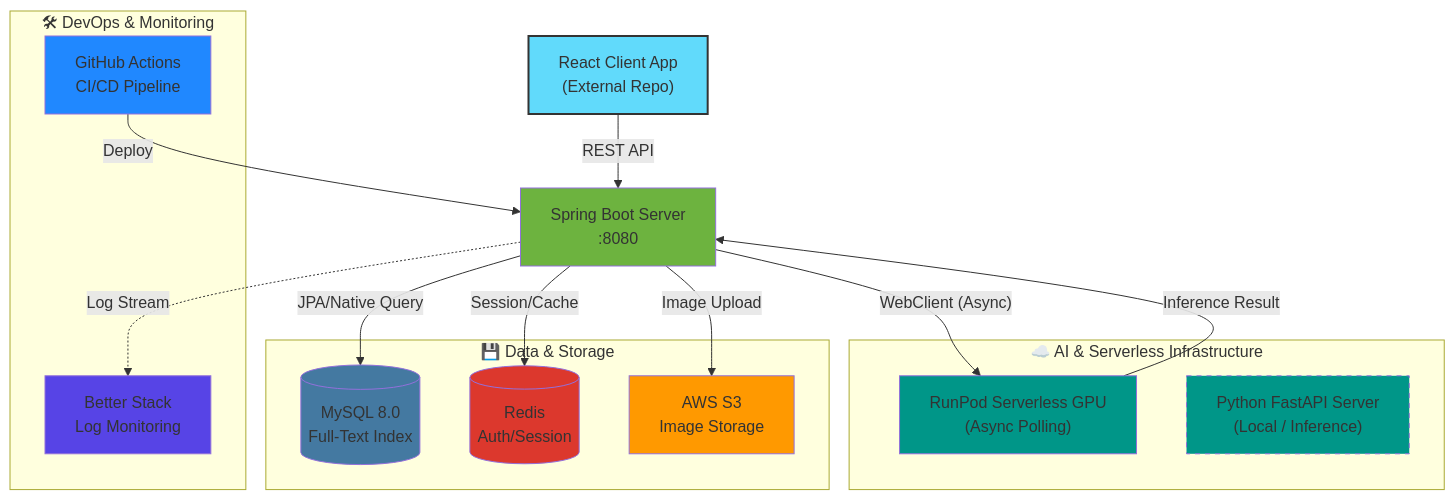
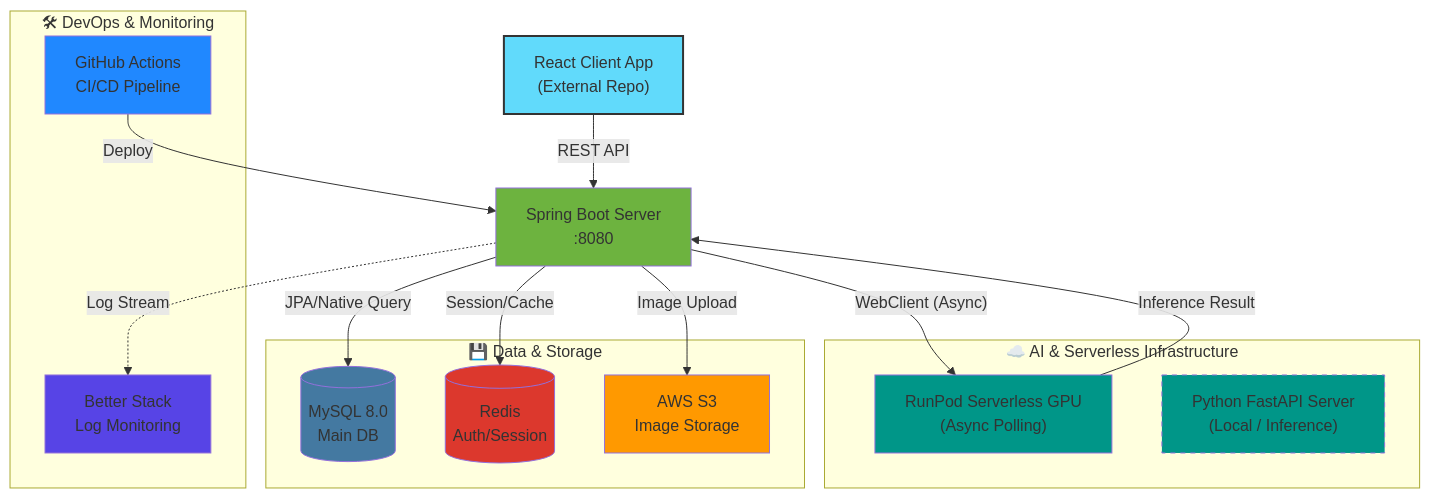
The first of 2 diagrams in README.md (Jangjimin9766/Mine_server), drawn with Mermaid before and after one commit. The commit also changed other lines of this file and 29 other files, not shown here.

````diff
--- a/README.md
+++ b/README.md
@@ -143,47 +143,47 @@
 ```mermaid
 graph TB
     Client["React Client App<br/>(External Repo)"]
     SpringServer[Spring Boot Server<br/>:8080]
     
     subgraph AI_Infrastructure ["☁️ AI & Serverless Infrastructure"]
         RunPod["RunPod Serverless GPU<br/>(Async Polling)"]
         PythonServer["Python FastAPI Server<br/>(Local / Inference)"]
     end
     
     subgraph Data_Storage ["💾 Data & Storage"]
-        MySQL[("MySQL 8.0<br/>Full-Text Index")]
+        MySQL[("MySQL 8.0<br/>Main DB")]
         Redis[("Redis<br/>Auth/Session")]
         S3["AWS S3<br/>Image Storage"]
     end
     
     subgraph Operations ["🛠 DevOps & Monitoring"]
         Actions["GitHub Actions<br/>CI/CD Pipeline"]
         BetterStack["Better Stack<br/>Log Monitoring"]
     end
     
     %% Flows
     Client -->|REST API| SpringServer
     
     SpringServer -->|JPA/Native Query| MySQL
     SpringServer -->|Session/Cache| Redis
     SpringServer -->|Image Upload| S3
     
     %% AI Integration
     SpringServer -->|"WebClient (Async)"| RunPod
     RunPod -->|Inference Result| SpringServer
     
     %% DevOps
     Actions -->|Deploy| SpringServer
     SpringServer -.->|Log Stream| BetterStack
     
     %% System Styles
     style Client fill:#61DAFB,stroke:#333,stroke-width:2px
     style SpringServer fill:#6db33f
     style RunPod fill:#009688
     style PythonServer fill:#009688,stroke-dasharray: 5 5
     style MySQL fill:#4479a1
     style Redis fill:#dc382d
     style S3 fill:#ff9900
     style Actions fill:#2088FF
     style BetterStack fill:#5744e6
 ```
````
